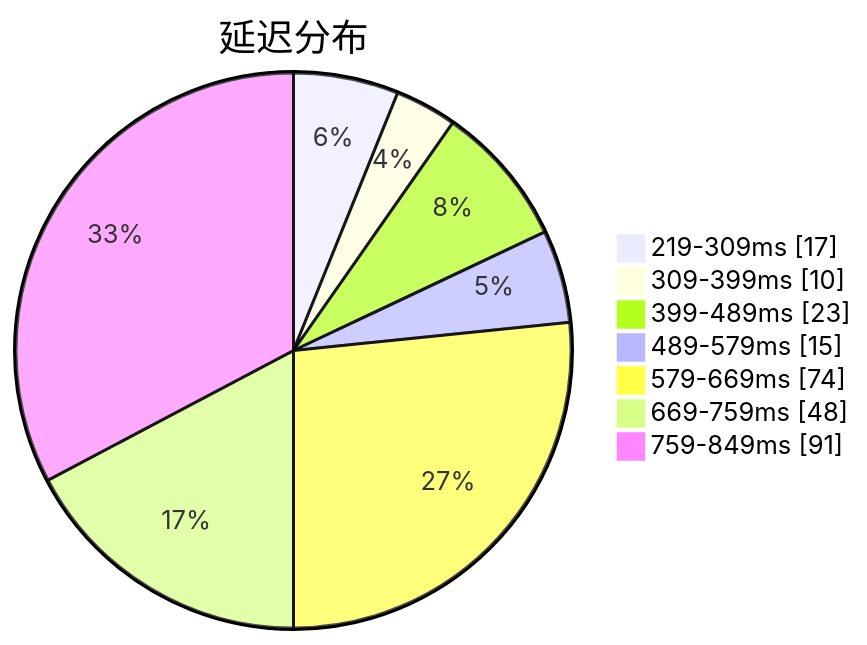
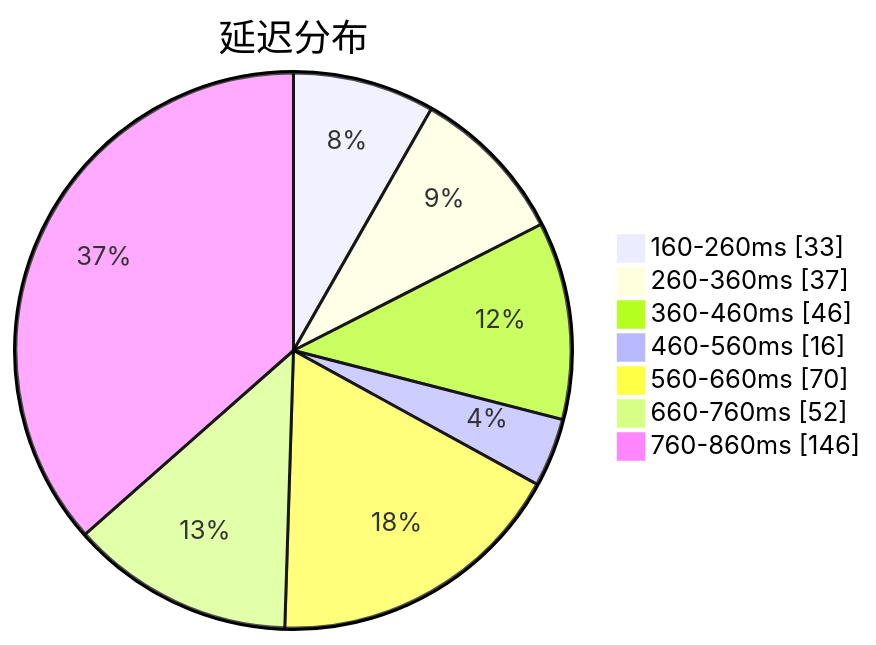
One commit to qjlxg/airport changed the first of 3 diagrams in subs/statistics/tested_within.md. Above: the diagram before and after it, drawn with Mermaid. The commit also changed other lines of this file and 2 other files, not shown here.

Commit message:
Tested by metaST

````diff
--- a/subs/statistics/tested_within.md
+++ b/subs/statistics/tested_within.md
@@ -2,11 +2,11 @@
 ```mermaid
 pie showData
 title 延迟分布
-"219-309ms" : 17
-"309-399ms" : 10
-"399-489ms" : 23
-"489-579ms" : 15
-"579-669ms" : 74
-"669-759ms" : 48
-"759-849ms" : 91
+"160-260ms" : 33
+"260-360ms" : 37
+"360-460ms" : 46
+"460-560ms" : 16
+"560-660ms" : 70
+"660-760ms" : 52
+"760-860ms" : 146
 ```
````
